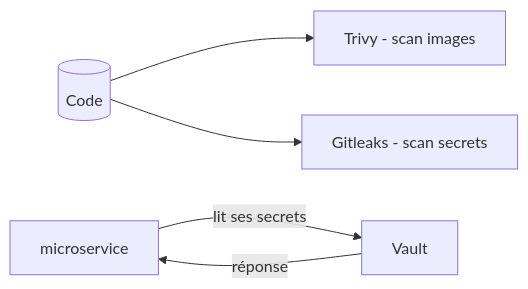
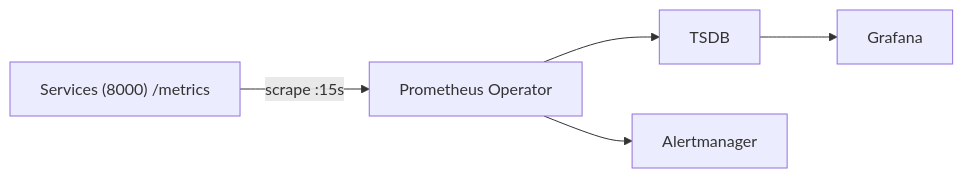
Before and after one commit to abdelkaderbenhmida/stage: the fifth of 8 diagrams in docs/comprendre-le-projet.md, drawn with Mermaid. The commit also changed other lines of this file and 8 other files, not shown here.

Commit message:
feat(observability): harden grafana dashboards, kube-state-metrics, kubelet, stress scripts

````diff
--- a/docs/comprendre-le-projet.md
+++ b/docs/comprendre-le-projet.md
@@ -208,7 +576,7 @@
 ```mermaid
 flowchart LR
-    DEV[("Code")] --> TR[Trivy - scan images]
-    DEV --> GL[Gitleaks - scan secrets]
-    APP["microservice"] -->|"lit ses secrets"| VAULT[Vault]
-    VAULT -->|"réponse"| APP
+    Tasks["Services (8000) /metrics"] -->|"scrape :15s"| Prom[Prometheus Operator]
+    Prom --> DB[TSDB]
+    Prom --> A[Alertmanager]
+    DB --> Grafana
 ```
````
